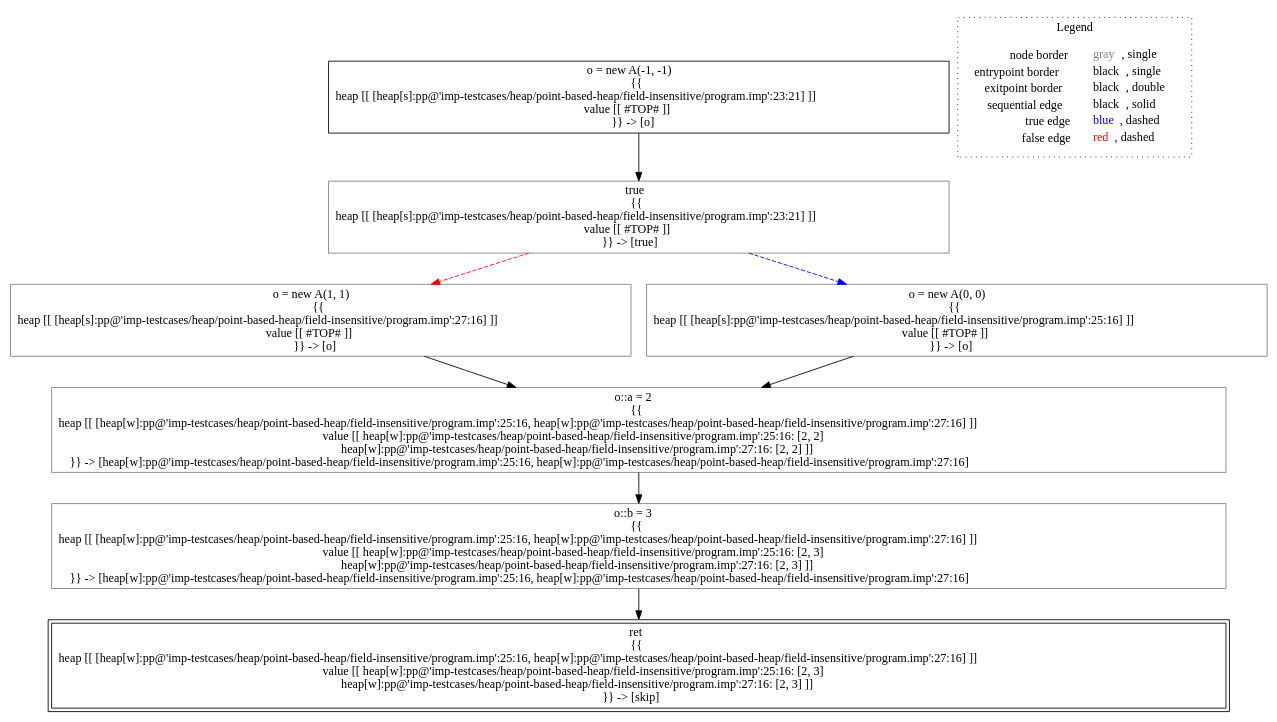
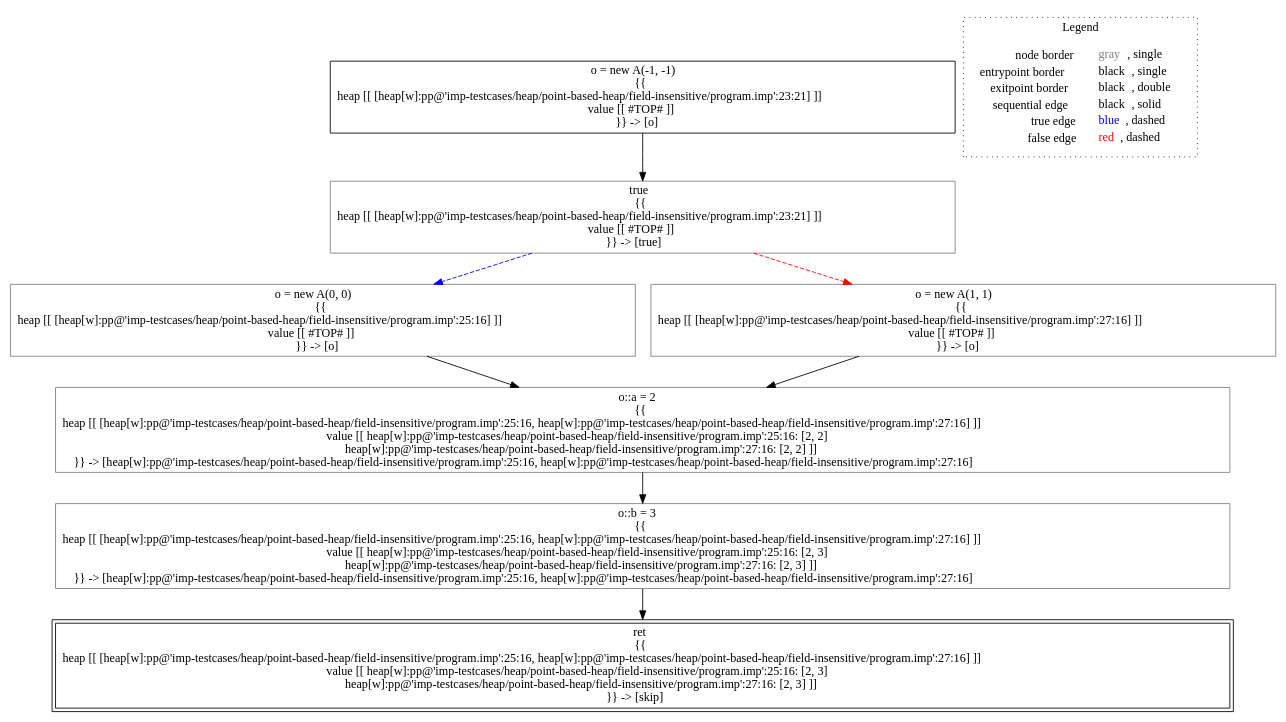
Before and after one commit to lisa-analyzer/lisa: the diagram in lisa/imp-testcases/heap/point-based-heap/field-insensitive/analysis___untyped_A.f3(A_this).dot, drawn with Graphviz. The commit also changed 8 other files, not shown here.

Commit message:
#95 completely removed substitutions from point based heap analyses

```diff
--- a/lisa/imp-testcases/heap/point-based-heap/field-insensitive/analysis___untyped_A.f3(A_this).dot
+++ b/lisa/imp-testcases/heap/point-based-heap/field-insensitive/analysis___untyped_A.f3(A_this).dot
@@ -1,23 +1,23 @@
 digraph {
-	"node0" [shape="rect",color="black",label=<o = new A(-1, -1)<BR/>{{<BR/>heap [[ [heap[s]:pp@'imp-testcases/heap/point-based-heap/field-insensitive/program.imp':23:21] ]]<BR/>value [[ #TOP# ]]<BR/>}} -&gt; [o]>];
-	"node1" [shape="rect",color="gray",label=<o::b = 3<BR/>{{<BR/>heap [[ [heap[w]:pp@'imp-testcases/heap/point-based-heap/field-insensitive/program.imp':25:16, heap[w]:pp@'imp-testcases/heap/point-based-heap/field-insensitive/program.imp':27:16] ]]<BR/>value [[ heap[w]:pp@'imp-testcases/heap/point-based-heap/field-insensitive/program.imp':25:16: [2, 3]<BR/>heap[w]:pp@'imp-testcases/heap/point-based-heap/field-insensitive/program.imp':27:16: [2, 3] ]]<BR/>}} -&gt; [heap[w]:pp@'imp-testcases/heap/point-based-heap/field-insensitive/program.imp':25:16, heap[w]:pp@'imp-testcases/heap/point-based-heap/field-insensitive/program.imp':27:16]>];
-	"node2" [shape="rect",color="gray",label=<o::a = 2<BR/>{{<BR/>heap [[ [heap[w]:pp@'imp-testcases/heap/point-based-heap/field-insensitive/program.imp':25:16, heap[w]:pp@'imp-testcases/heap/point-based-heap/field-insensitive/program.imp':27:16] ]]<BR/>value [[ heap[w]:pp@'imp-testcases/heap/point-based-heap/field-insensitive/program.imp':25:16: [2, 2]<BR/>heap[w]:pp@'imp-testcases/heap/point-based-heap/field-insensitive/program.imp':27:16: [2, 2] ]]<BR/>}} -&gt; [heap[w]:pp@'imp-testcases/heap/point-based-heap/field-insensitive/program.imp':25:16, heap[w]:pp@'imp-testcases/heap/point-based-heap/field-insensitive/program.imp':27:16]>];
-	"node3" [shape="rect",color="gray",label=<o = new A(1, 1)<BR/>{{<BR/>heap [[ [heap[s]:pp@'imp-testcases/heap/point-based-heap/field-insensitive/program.imp':27:16] ]]<BR/>value [[ #TOP# ]]<BR/>}} -&gt; [o]>];
-	"node4" [shape="rect",color="gray",label=<o = new A(0, 0)<BR/>{{<BR/>heap [[ [heap[s]:pp@'imp-testcases/heap/point-based-heap/field-insensitive/program.imp':25:16] ]]<BR/>value [[ #TOP# ]]<BR/>}} -&gt; [o]>];
-	"node5" [shape="rect",color="gray",label=<true<BR/>{{<BR/>heap [[ [heap[s]:pp@'imp-testcases/heap/point-based-heap/field-insensitive/program.imp':23:21] ]]<BR/>value [[ #TOP# ]]<BR/>}} -&gt; [true]>];
-	"node6" [shape="rect",color="black",peripheries="2",label=<ret<BR/>{{<BR/>heap [[ [heap[w]:pp@'imp-testcases/heap/point-based-heap/field-insensitive/program.imp':25:16, heap[w]:pp@'imp-testcases/heap/point-based-heap/field-insensitive/program.imp':27:16] ]]<BR/>value [[ heap[w]:pp@'imp-testcases/heap/point-based-heap/field-insensitive/program.imp':25:16: [2, 3]<BR/>heap[w]:pp@'imp-testcases/heap/point-based-heap/field-insensitive/program.imp':27:16: [2, 3] ]]<BR/>}} -&gt; [skip]>];
-	"node1" -> "node6" [color="black"];
-	"node2" -> "node1" [color="black"];
-	"node3" -> "node2" [color="black"];
-	"node0" -> "node5" [color="black"];
-	"node4" -> "node2" [color="black"];
-	"node5" -> "node3" [color="red",style="dashed"];
-	"node5" -> "node4" [color="blue",style="dashed"];
+	"node0" [shape="rect",color="black",label=<o = new A(-1, -1)<BR/>{{<BR/>heap [[ [heap[w]:pp@'imp-testcases/heap/point-based-heap/field-insensitive/program.imp':23:21] ]]<BR/>value [[ #TOP# ]]<BR/>}} -&gt; [o]>];
+	"node1" [shape="rect",color="gray",label=<true<BR/>{{<BR/>heap [[ [heap[w]:pp@'imp-testcases/heap/point-based-heap/field-insensitive/program.imp':23:21] ]]<BR/>value [[ #TOP# ]]<BR/>}} -&gt; [true]>];
+	"node2" [shape="rect",color="black",peripheries="2",label=<ret<BR/>{{<BR/>heap [[ [heap[w]:pp@'imp-testcases/heap/point-based-heap/field-insensitive/program.imp':25:16, heap[w]:pp@'imp-testcases/heap/point-based-heap/field-insensitive/program.imp':27:16] ]]<BR/>value [[ heap[w]:pp@'imp-testcases/heap/point-based-heap/field-insensitive/program.imp':25:16: [2, 3]<BR/>heap[w]:pp@'imp-testcases/heap/point-based-heap/field-insensitive/program.imp':27:16: [2, 3] ]]<BR/>}} -&gt; [skip]>];
+	"node3" [shape="rect",color="gray",label=<o = new A(0, 0)<BR/>{{<BR/>heap [[ [heap[w]:pp@'imp-testcases/heap/point-based-heap/field-insensitive/program.imp':25:16] ]]<BR/>value [[ #TOP# ]]<BR/>}} -&gt; [o]>];
+	"node4" [shape="rect",color="gray",label=<o = new A(1, 1)<BR/>{{<BR/>heap [[ [heap[w]:pp@'imp-testcases/heap/point-based-heap/field-insensitive/program.imp':27:16] ]]<BR/>value [[ #TOP# ]]<BR/>}} -&gt; [o]>];
+	"node5" [shape="rect",color="gray",label=<o::b = 3<BR/>{{<BR/>heap [[ [heap[w]:pp@'imp-testcases/heap/point-based-heap/field-insensitive/program.imp':25:16, heap[w]:pp@'imp-testcases/heap/point-based-heap/field-insensitive/program.imp':27:16] ]]<BR/>value [[ heap[w]:pp@'imp-testcases/heap/point-based-heap/field-insensitive/program.imp':25:16: [2, 3]<BR/>heap[w]:pp@'imp-testcases/heap/point-based-heap/field-insensitive/program.imp':27:16: [2, 3] ]]<BR/>}} -&gt; [heap[w]:pp@'imp-testcases/heap/point-based-heap/field-insensitive/program.imp':25:16, heap[w]:pp@'imp-testcases/heap/point-based-heap/field-insensitive/program.imp':27:16]>];
+	"node6" [shape="rect",color="gray",label=<o::a = 2<BR/>{{<BR/>heap [[ [heap[w]:pp@'imp-testcases/heap/point-based-heap/field-insensitive/program.imp':25:16, heap[w]:pp@'imp-testcases/heap/point-based-heap/field-insensitive/program.imp':27:16] ]]<BR/>value [[ heap[w]:pp@'imp-testcases/heap/point-based-heap/field-insensitive/program.imp':25:16: [2, 2]<BR/>heap[w]:pp@'imp-testcases/heap/point-based-heap/field-insensitive/program.imp':27:16: [2, 2] ]]<BR/>}} -&gt; [heap[w]:pp@'imp-testcases/heap/point-based-heap/field-insensitive/program.imp':25:16, heap[w]:pp@'imp-testcases/heap/point-based-heap/field-insensitive/program.imp':27:16]>];
+	"node0" -> "node1" [color="black"];
+	"node1" -> "node3" [color="blue",style="dashed"];
+	"node1" -> "node4" [color="red",style="dashed"];
+	"node3" -> "node6" [color="black"];
+	"node4" -> "node6" [color="black"];
+	"node5" -> "node2" [color="black"];
+	"node6" -> "node5" [color="black"];
 subgraph cluster_legend {
 	label="Legend";
 	style=dotted;
 	node [shape=plaintext];
 	"legend" [label=<<table border="0" cellpadding="2" cellspacing="0" cellborder="0"><tr><td align="right">node border&nbsp;</td><td align="left"><font color="gray">gray</font>, single</td></tr><tr><td align="right">entrypoint border&nbsp;</td><td align="left"><font color="black">black</font>, single</td></tr><tr><td align="right">exitpoint border&nbsp;</td><td align="left"><font color="black">black</font>, double</td></tr><tr><td align="right">sequential edge&nbsp;</td><td align="left"><font color="black">black</font>, solid</td></tr><tr><td align="right">true edge&nbsp;</td><td align="left"><font color="blue">blue</font>, dashed</td></tr><tr><td align="right">false edge&nbsp;</td><td align="left"><font color="red">red</font>, dashed</td></tr></table>>];
 }
 
 }
```
